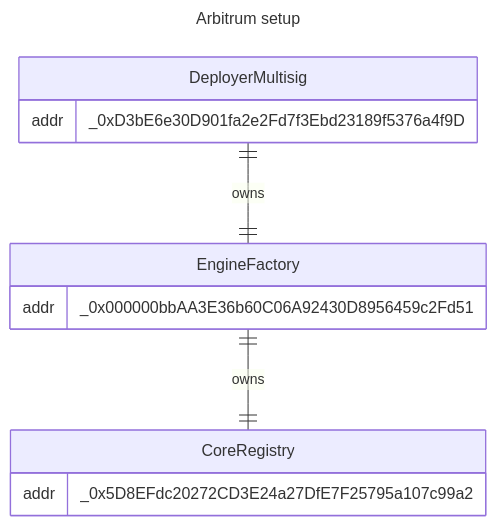
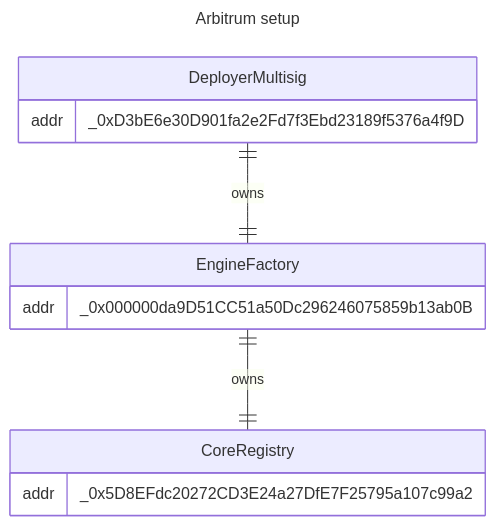
Before and after one commit to void-smith660/artblocks-contracts: the second of 4 diagrams in packages/contracts/INFRASTRUCTURE.md, drawn with Mermaid. The commit also changed other lines of this file and 8 other files, not shown here.

````diff
--- a/packages/contracts/INFRASTRUCTURE.md
+++ b/packages/contracts/INFRASTRUCTURE.md
@@ -49,17 +47,17 @@
 ```mermaid
 ---
 title: Arbitrum setup
 ---
 erDiagram
     DeployerMultisig ||--|| EngineFactory : owns
     EngineFactory ||--|| CoreRegistry : owns
     DeployerMultisig {
         addr _0xD3bE6e30D901fa2e2Fd7f3Ebd23189f5376a4f9D
     }
     EngineFactory {
-        addr _0x000000bbAA3E36b60C06A92430D8956459c2Fd51
+        addr _0x000000da9D51CC51a50Dc296246075859b13ab0B
     }
     CoreRegistry {
         addr _0x5D8EFdc20272CD3E24a27DfE7F25795a107c99a2
     }
 ```
````
